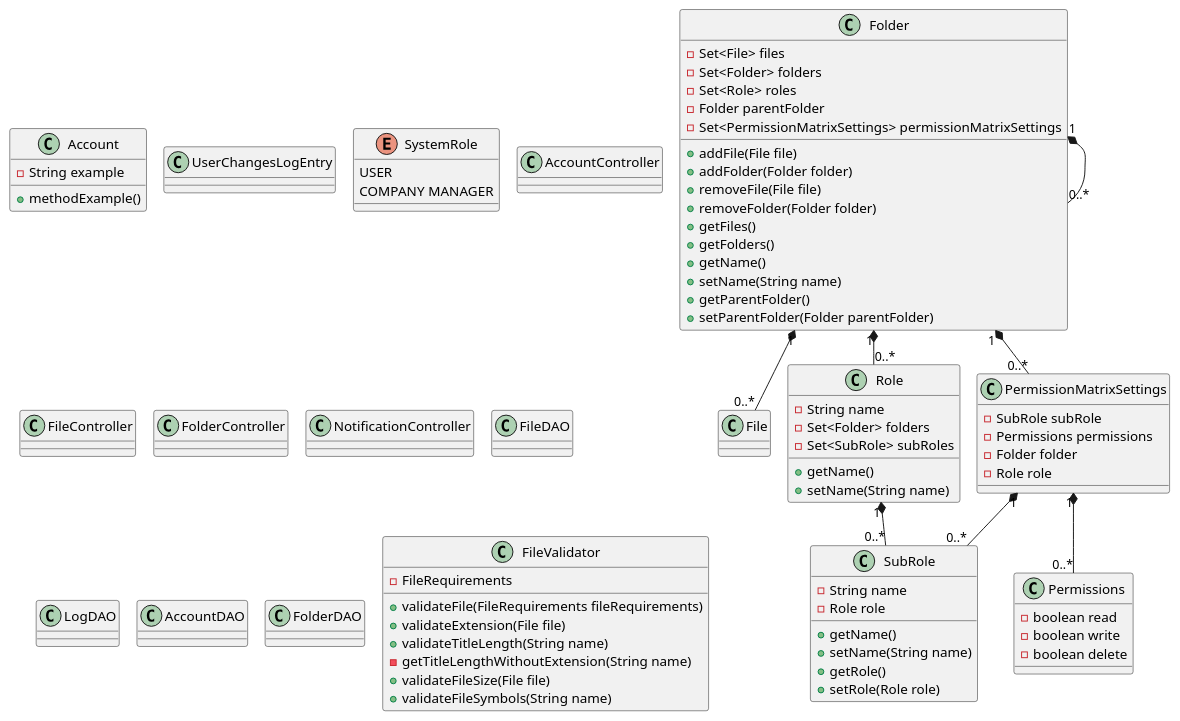
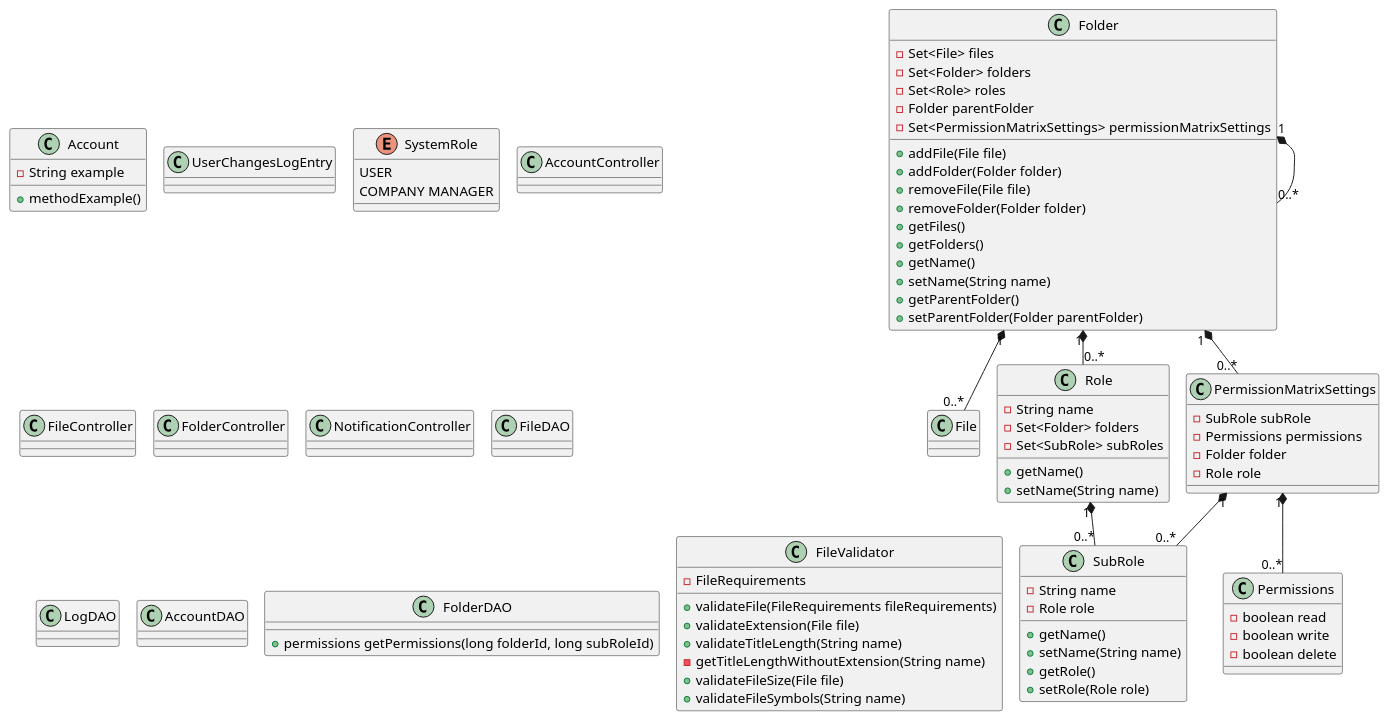
The diagram in backend/documentation/classDiagram.puml (badranyoussef/businest), drawn with PlantUML before and after one commit. The commit also changed 18 other files, not shown here.

```diff
--- a/backend/documentation/classDiagram.puml
+++ b/backend/documentation/classDiagram.puml
@@ -1,104 +1,105 @@
 @startuml
 'https://plantuml.com/class-diagram
 
 '----- Entities -----
 class Account
 class File
 class Role {
     - String name
     - Set<Folder> folders
     - Set<SubRole> subRoles
     + getName()
     + setName(String name)
 }
 class SubRole {
     - String name
     - Role role
     + getName()
     + setName(String name)
     + getRole()
     + setRole(Role role)
 }
 class PermissionMatrixSettings {
     - SubRole subRole
     - Permissions permissions
     - Folder folder
     - Role role
     }
 class Permissions {
     - boolean read
     - boolean write
     - boolean delete
 }
 
 class Folder {
     - Set<File> files
     - Set<Folder> folders
     - Set<Role> roles
     - Folder parentFolder
     - Set<PermissionMatrixSettings> permissionMatrixSettings
     + addFile(File file)
     + addFolder(Folder folder)
     + removeFile(File file)
     + removeFolder(Folder folder)
     + getFiles()
     + getFolders()
     + getName()
     + setName(String name)
     + getParentFolder()
     + setParentFolder(Folder parentFolder)
 }
 class UserChangesLogEntry
 enum SystemRole {
     USER
     COMPANY MANAGER
 }
 
 '----- Controllers -----
 class AccountController
 class FileController
 class FolderController
 class NotificationController
 
 '----- DAOs -----
 class FileDAO
 class LogDAO
 class AccountDAO
-class FolderDAO
+class FolderDAO {
+    + permissions getPermissions(long folderId, long subRoleId)
+}
 
 class FileValidator {
     - FileRequirements
     + validateFile(FileRequirements fileRequirements)
     + validateExtension(File file)
     + validateTitleLength(String name)
     - getTitleLengthWithoutExtension(String name)
     + validateFileSize(File file)
     + validateFileSymbols(String name)
 
 }
-
 
 'List <|-- AbstractList
 'Collection <|-- AbstractCollection
 
 'Collection <|- List
 'AbstractCollection <|- AbstractList
 'AbstractList <|-- ArrayList
 
 class Account {
     - String example
     + methodExample()
 }
 
 '----- Relations -----
 Folder "1" *-- "0..*" File
 Folder "1" *-- "0..*" Folder
 Folder "1" *-- "0..*" Role
 Folder "1" *-- "0..*" PermissionMatrixSettings
 Role "1" *-- "0..*" SubRole
 PermissionMatrixSettings "1" *-- "0..*" Permissions
 PermissionMatrixSettings "1" *-- "0..*" SubRole
 
 
 !pragma layout smetana
 @enduml
```
